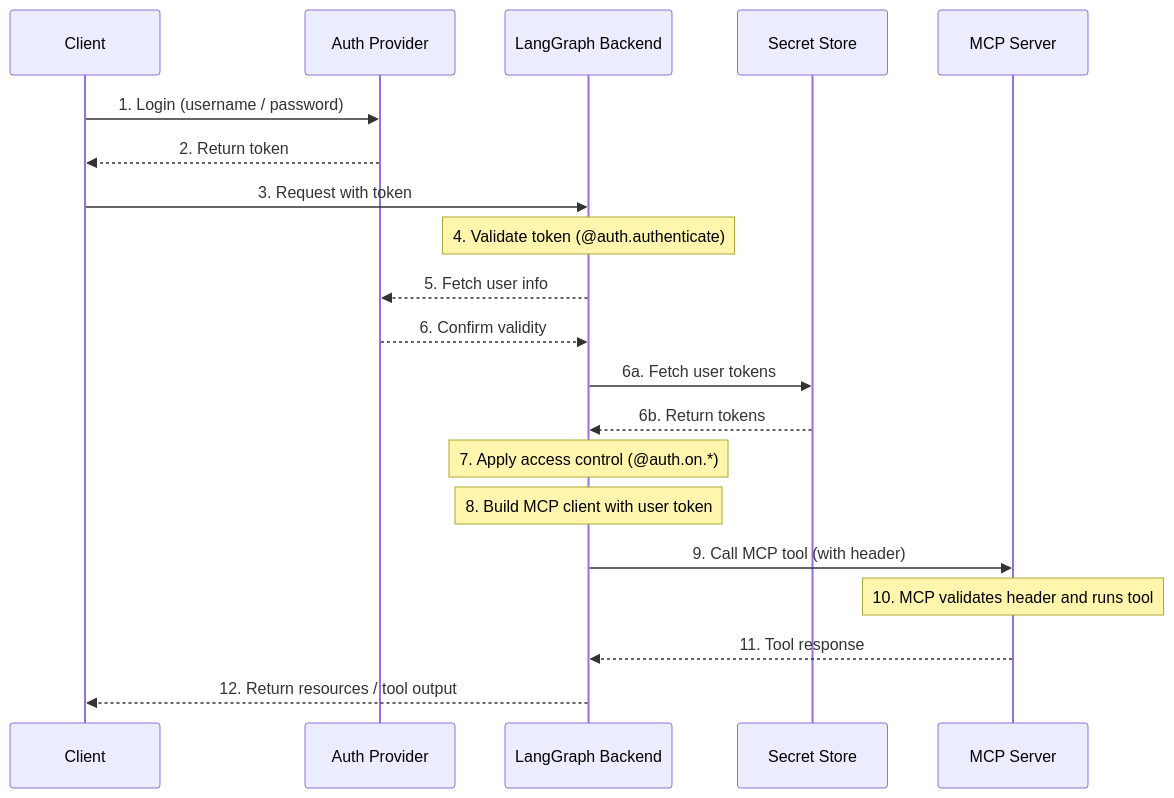
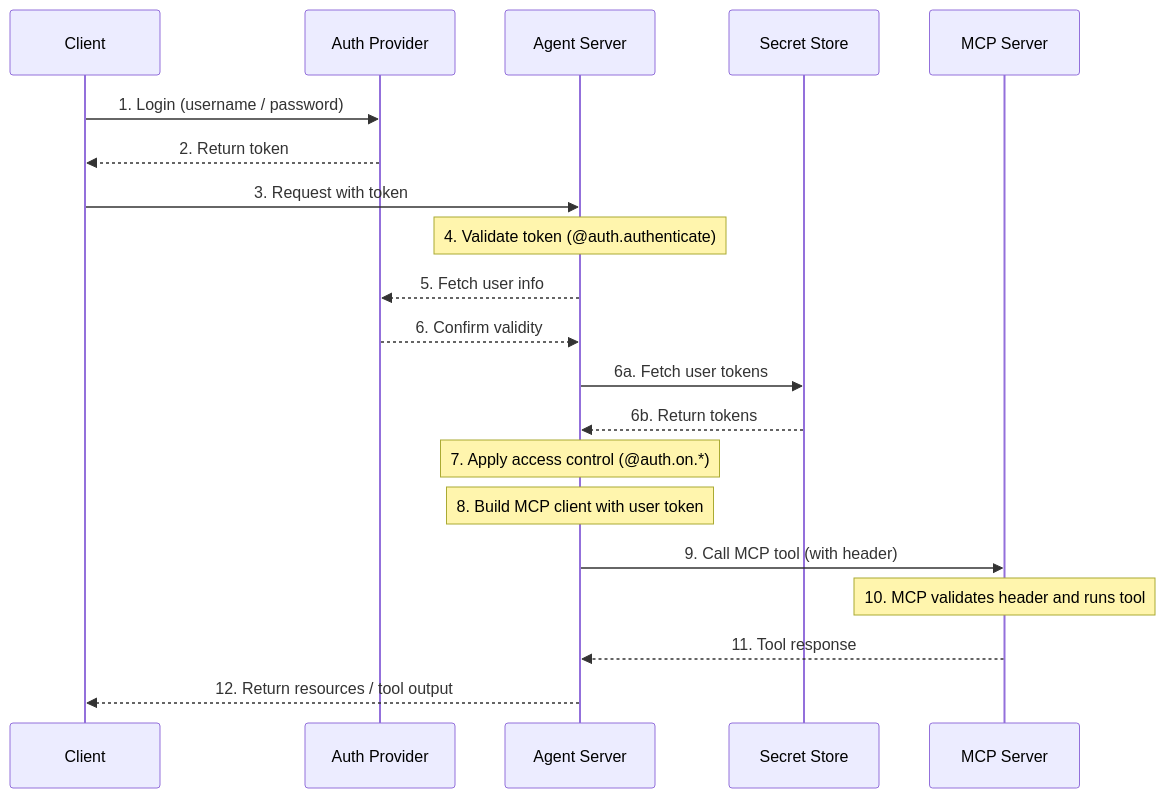
The diagram in build/langsmith/server-mcp.mdx (AathmikaGK/docs), drawn with Mermaid before and after one commit. The commit also changed other lines of this file and 2295 other files, not shown here.

````diff
--- a/build/langsmith/server-mcp.mdx
+++ b/build/langsmith/server-mcp.mdx
@@ -16,33 +16,33 @@
 ```mermaid
 sequenceDiagram
   %% Actors
   participant ClientApp as Client
   participant AuthProv  as Auth Provider
-  participant LangGraph as LangGraph Backend
+  participant LangGraph as Agent Server
   participant SecretStore as Secret Store
   participant MCPServer as MCP Server
 
   %% Platform login / AuthN
   ClientApp  ->> AuthProv: 1. Login (username / password)
   AuthProv   -->> ClientApp: 2. Return token
   ClientApp  ->> LangGraph: 3. Request with token
 
   Note over LangGraph: 4. Validate token (@auth.authenticate)
   LangGraph  -->> AuthProv: 5. Fetch user info
   AuthProv   -->> LangGraph: 6. Confirm validity
 
   %% Fetch user tokens from secret store
   LangGraph  ->> SecretStore: 6a. Fetch user tokens
   SecretStore -->> LangGraph: 6b. Return tokens
 
   Note over LangGraph: 7. Apply access control (@auth.on.*)
 
   %% MCP round-trip
   Note over LangGraph: 8. Build MCP client with user token
   LangGraph  ->> MCPServer: 9. Call MCP tool (with header)
   Note over MCPServer: 10. MCP validates header and runs tool
   MCPServer  -->> LangGraph: 11. Tool response
 
   %% Return to caller
   LangGraph  -->> ClientApp: 12. Return resources / tool output
 ```
````
